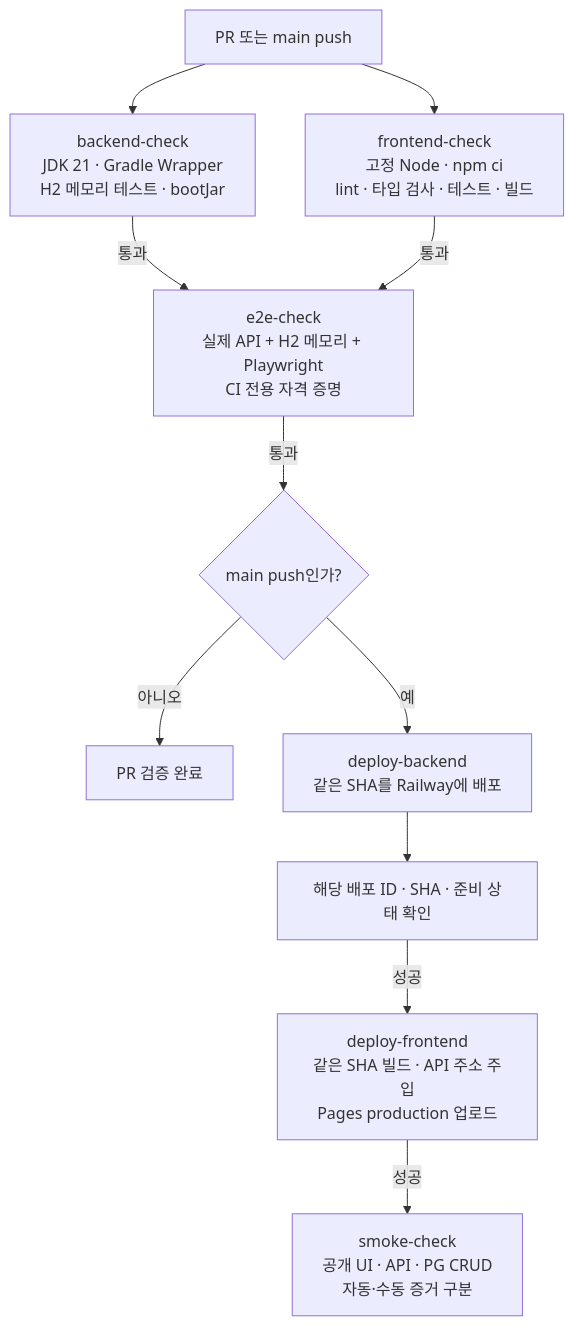
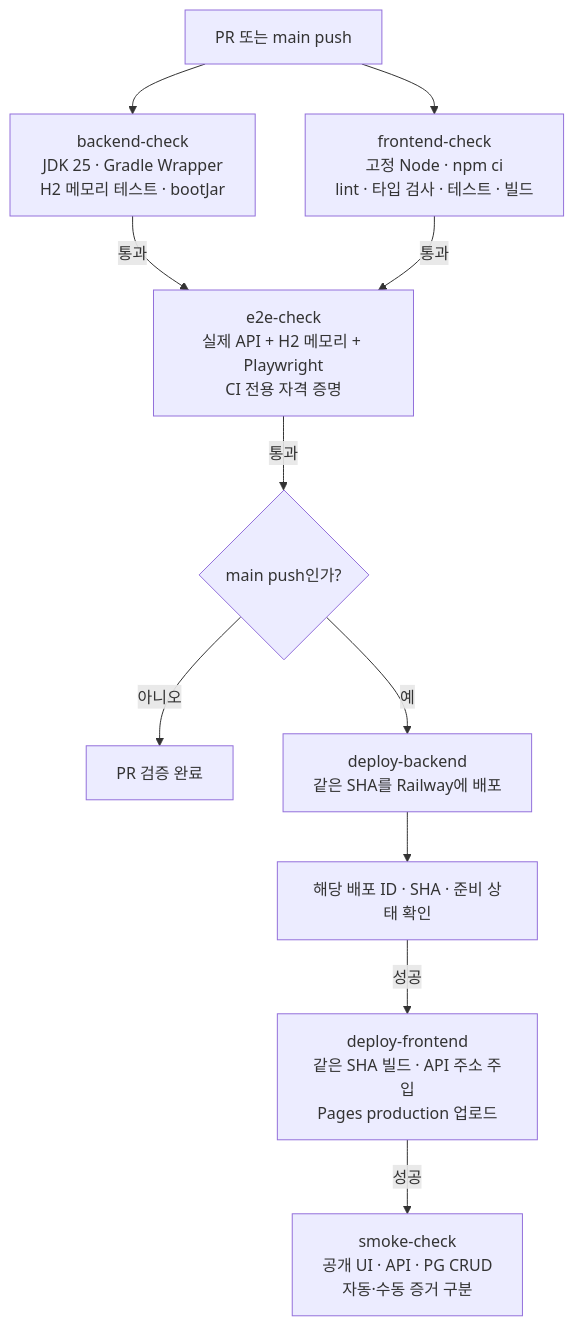
Before and after one commit to jhs512/matt-user-guide: diagram 12 of 14 in README.md, drawn with Mermaid. The commit also changed other lines of this file, not shown here.

Commit message:
docs: use JDK 25 throughout tutorial

````diff
--- a/README.md
+++ b/README.md
@@ -772,13 +772,13 @@
 ```mermaid
 flowchart TD
-    trigger["PR 또는 main push"] --> backend["backend-check<br/>JDK 21 · Gradle Wrapper<br/>H2 메모리 테스트 · bootJar"]
+    trigger["PR 또는 main push"] --> backend["backend-check<br/>JDK 25 · Gradle Wrapper<br/>H2 메모리 테스트 · bootJar"]
     trigger --> frontend["frontend-check<br/>고정 Node · npm ci<br/>lint · 타입 검사 · 테스트 · 빌드"]
     backend -->|"통과"| e2e["e2e-check<br/>실제 API + H2 메모리 + Playwright<br/>CI 전용 자격 증명"]
     frontend -->|"통과"| e2e
     e2e -->|"통과"| branch{"main push인가?"}
     branch -->|"아니오"| pr["PR 검증 완료"]
     branch -->|"예"| railway["deploy-backend<br/>같은 SHA를 Railway에 배포"]
     railway --> ready["해당 배포 ID · SHA · 준비 상태 확인"]
     ready -->|"성공"| pages["deploy-frontend<br/>같은 SHA 빌드 · API 주소 주입<br/>Pages production 업로드"]
     pages -->|"성공"| smoke["smoke-check<br/>공개 UI · API · PG CRUD<br/>자동·수동 증거 구분"]
 ```
````
